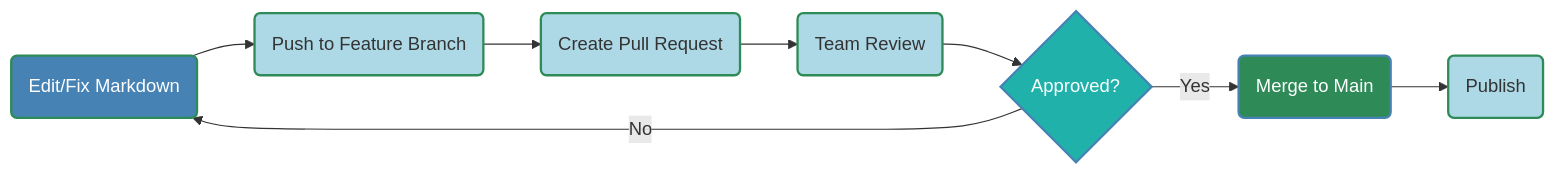
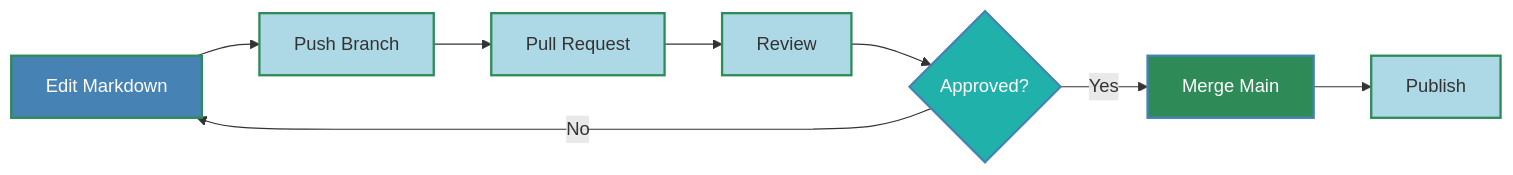
One commit to buckeye43210/markdown-to-snowkb changed the seventh of 9 diagrams in README.md. Above: the diagram before and after it, drawn with Mermaid. The commit also changed other lines of this file, not shown here.

````diff
--- a/README.md
+++ b/README.md
@@ -562,19 +394,18 @@
-~~~mermaid
+```mermaid
 graph LR
-    A(Edit/Fix Markdown)
-    A --> B(Push to Feature Branch)
-    B --> C(Create Pull Request)
-    C --> D(Team Review)
+    A[Edit Markdown] --> B[Push Branch]
+    B --> C[Pull Request]
+    C --> D[Review]
     D --> E{Approved?}
-    E -->|Yes| F(Merge to Main)
+    E -->|Yes| F[Merge Main]
     E -->|No| A
-    F --> G(Publish)
-    
+    F --> G[Publish]
+
     style A fill:#4682B4,stroke:#2E8B57,stroke-width:2px,color:#FFFFFF
     style B fill:#ADD8E6,stroke:#2E8B57,stroke-width:2px
     style C fill:#ADD8E6,stroke:#2E8B57,stroke-width:2px
     style D fill:#ADD8E6,stroke:#2E8B57,stroke-width:2px
     style E fill:#20B2AA,stroke:#4682B4,stroke-width:2px,color:#FFFFFF
     style F fill:#2E8B57,stroke:#4682B4,stroke-width:2px,color:#FFFFFF
     style G fill:#ADD8E6,stroke:#2E8B57,stroke-width:2px
-~~~
+```
````
